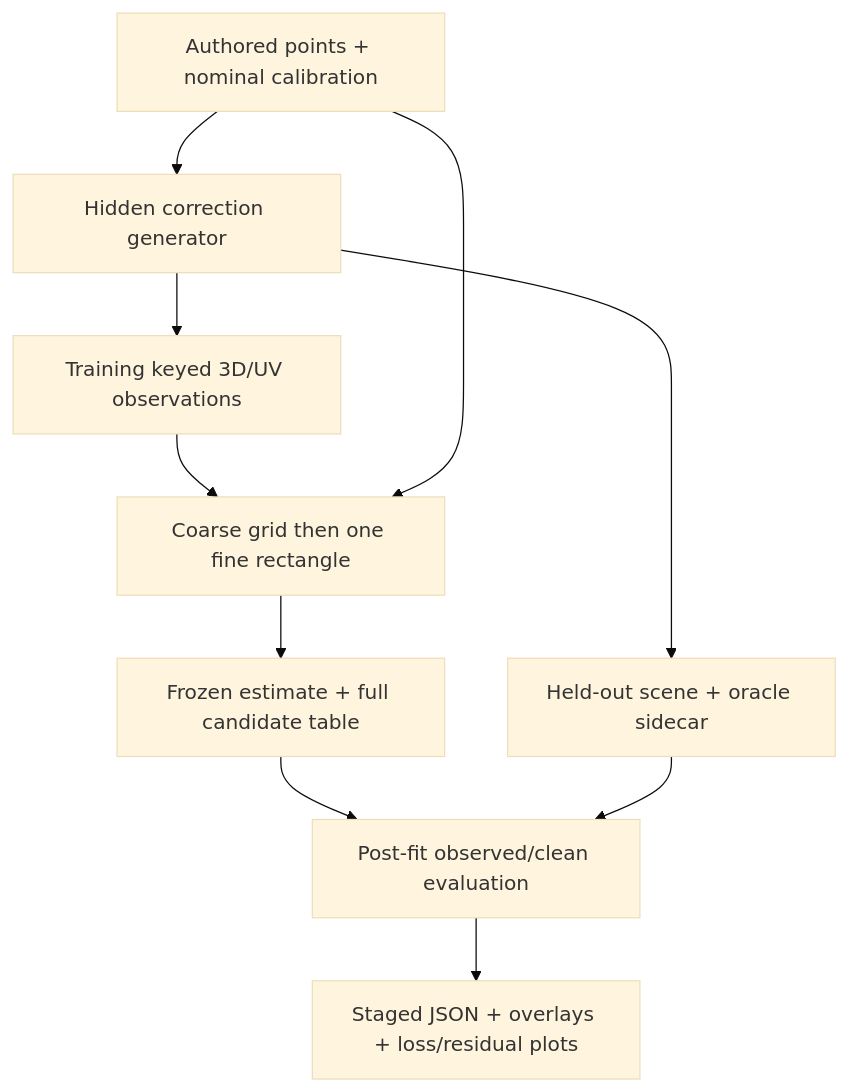
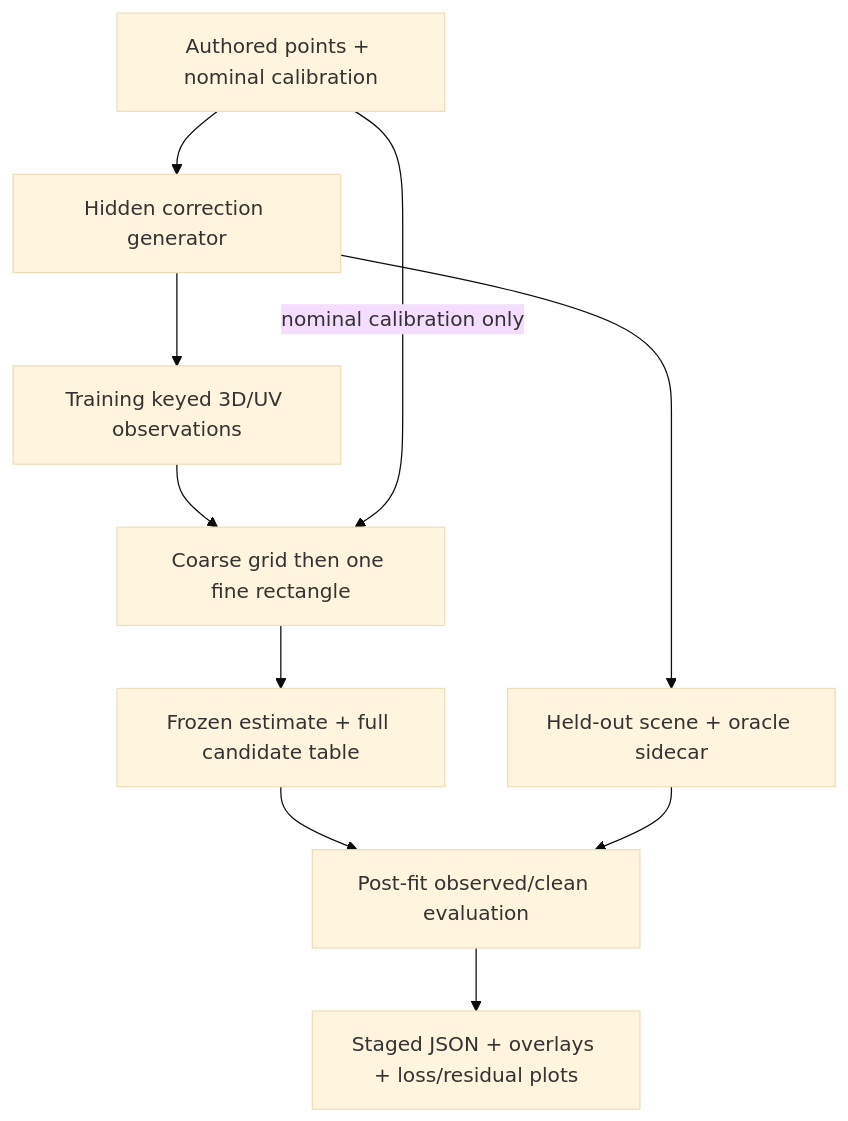
One commit to WeiHanTu/sensor-fusion-replay-cpp changed the third of 3 diagrams in docs/architecture.md. Above: the diagram before and after it, drawn with Mermaid (base theme). The commit also changed 7 other files, not shown here.

````diff
--- a/docs/architecture.md
+++ b/docs/architecture.md
@@ -94,12 +94,12 @@
 ```mermaid
 flowchart TD
   F[Authored points + nominal calibration] --> O[Hidden correction generator]
   O --> T[Training keyed 3D/UV observations]
   O --> H[Held-out scene + oracle sidecar]
   T --> S[Coarse grid then one fine rectangle]
-  F --> S
+  F -->|nominal calibration only| S
   S --> R[Frozen estimate + full candidate table]
   R --> E[Post-fit observed/clean evaluation]
   H --> E
   E --> A[Staged JSON + overlays + loss/residual plots]
 ```
````
